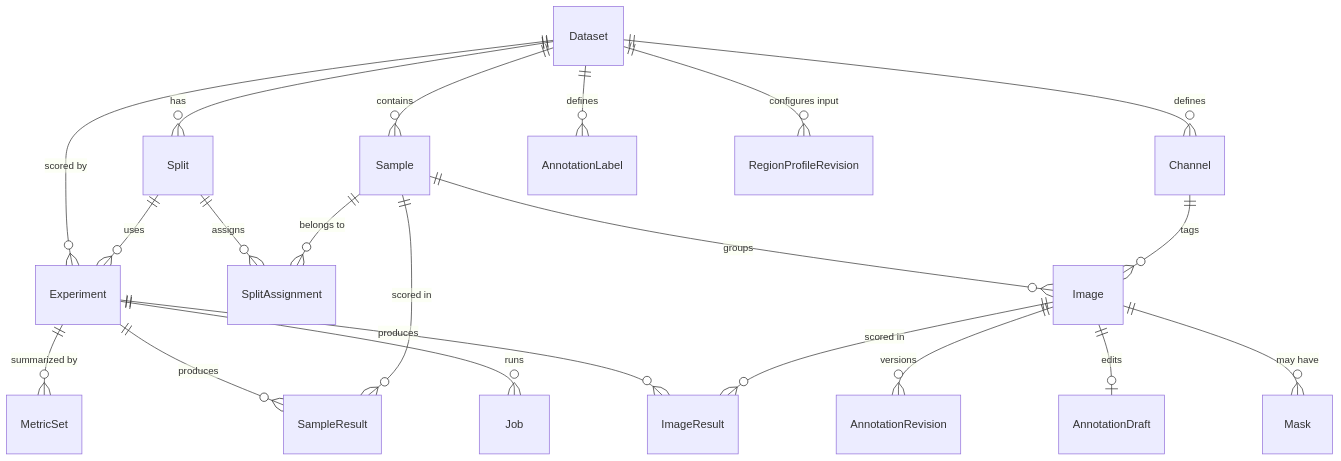
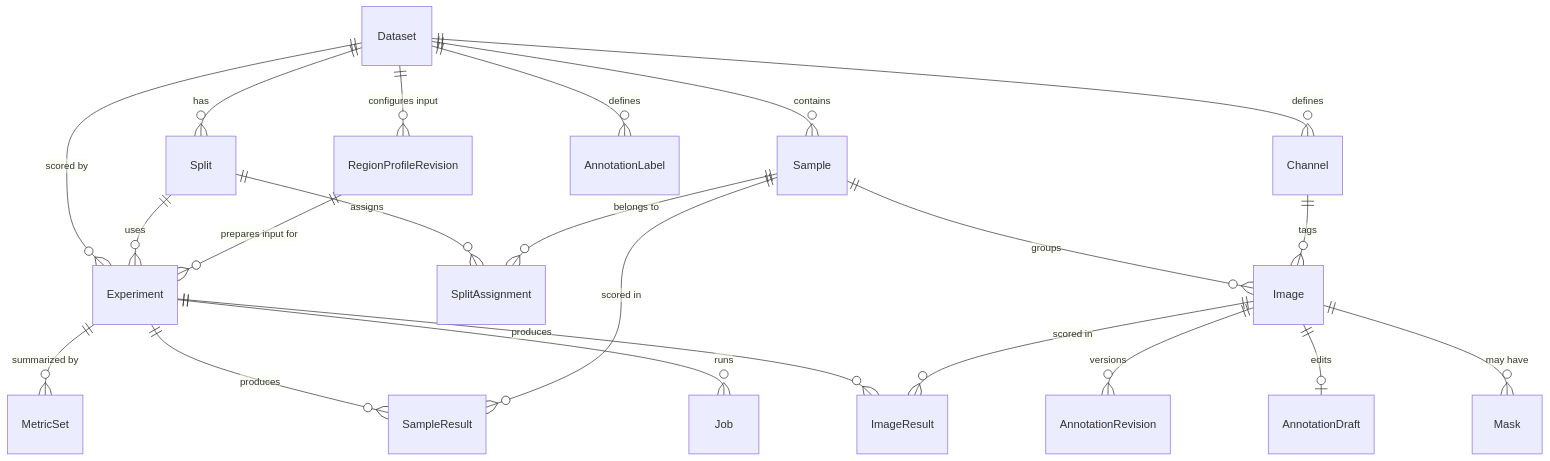
One commit to VitalyVorobyev/visual-anomaly-lab changed the diagram in docs/architecture/domain-model.md. Above: the diagram before and after it, drawn with Mermaid. The commit also changed other lines of this file and 46 other files, not shown here.

````diff
--- a/docs/architecture/domain-model.md
+++ b/docs/architecture/domain-model.md
@@ -19,23 +19,24 @@
 ```mermaid
 erDiagram
     Dataset ||--o{ Channel : "defines"
     Dataset ||--o{ Sample : "contains"
     Dataset ||--o{ Split : "has"
     Dataset ||--o{ AnnotationLabel : "defines"
     Dataset ||--o{ RegionProfileRevision : "configures input"
     Sample  ||--o{ Image : "groups"
     Channel ||--o{ Image : "tags"
     Image   ||--o{ Mask : "may have"
     Image   ||--o| AnnotationDraft : "edits"
     Image   ||--o{ AnnotationRevision : "versions"
     Split   ||--o{ SplitAssignment : "assigns"
     Sample  ||--o{ SplitAssignment : "belongs to"
     Dataset ||--o{ Experiment : "scored by"
     Split   ||--o{ Experiment : "uses"
+    RegionProfileRevision ||--o{ Experiment : "prepares input for"
     Experiment ||--o{ Job : "runs"
     Experiment ||--o{ ImageResult : "produces"
     Experiment ||--o{ SampleResult : "produces"
     Experiment ||--o{ MetricSet : "summarized by"
     Image   ||--o{ ImageResult : "scored in"
     Sample  ||--o{ SampleResult : "scored in"
 ```
````
